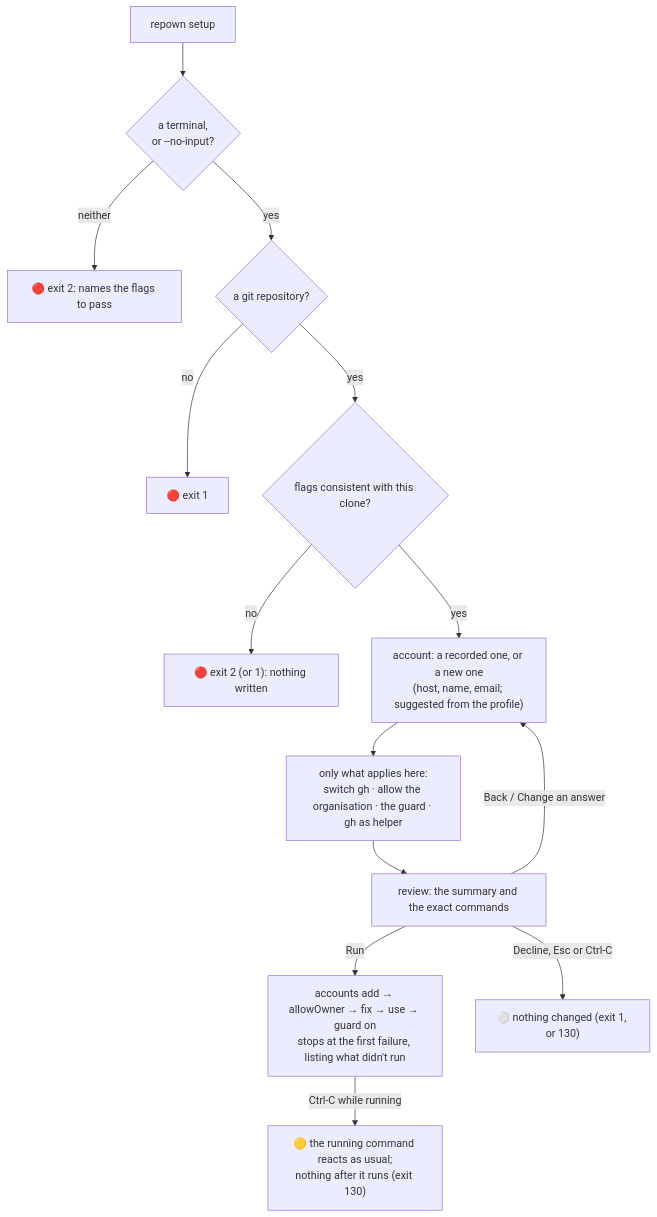
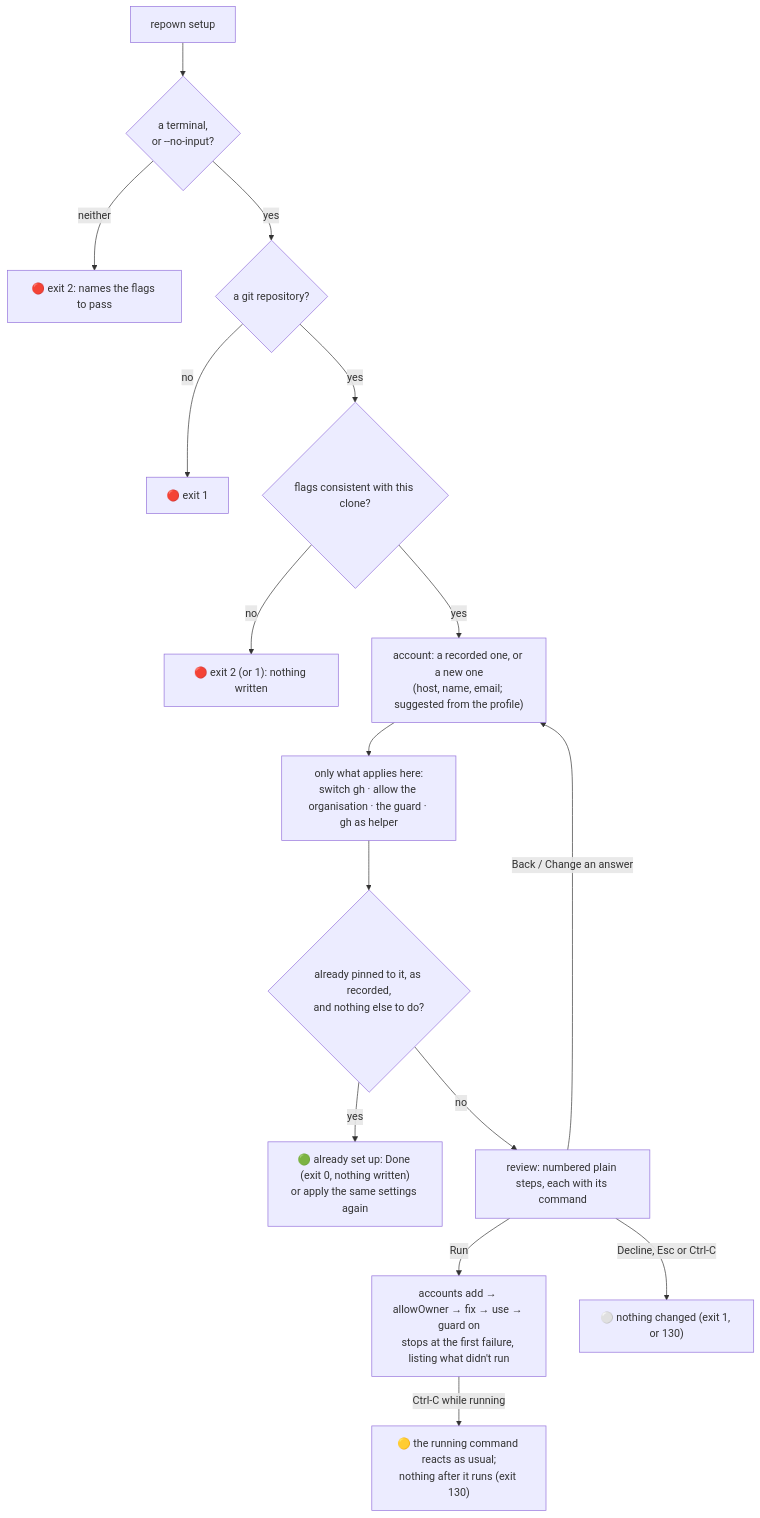
One commit to makubexD/repown changed the ninth of 9 diagrams in docs/HOW-IT-WORKS.md. Above: the diagram before and after it, drawn with Mermaid. The commit also changed other lines of this file and 14 other files, not shown here.

First line of the commit message:
Show setup's review as plain numbered steps, and say when a clone is already set up

````diff
--- a/docs/HOW-IT-WORKS.md
+++ b/docs/HOW-IT-WORKS.md
@@ -464,16 +464,18 @@
 ```mermaid
 flowchart TD
   S[repown setup] --> T{"a terminal,<br/>or --no-input?"}
   T -->|neither| X2["🔴 exit 2: names the flags to pass"]
   T -->|yes| R{"a git repository?"}
   R -->|no| X1["🔴 exit 1"]
   R -->|yes| F{"flags consistent with this clone?"}
   F -->|no| X3["🔴 exit 2 (or 1): nothing written"]
   F -->|yes| A["account: a recorded one, or a new one<br/>(host, name, email; suggested from the profile)"]
   A --> Q["only what applies here:<br/>switch gh · allow the organisation · the guard · gh as helper"]
-  Q --> V["review: the summary and the exact commands"]
+  Q --> K{"already pinned to it, as recorded,<br/>and nothing else to do?"}
+  K -->|yes| D["🟢 already set up: Done (exit 0, nothing written)<br/>or apply the same settings again"]
+  K -->|no| V["review: numbered plain steps, each with its command"]
   V -->|Run| C["accounts add → allowOwner → fix → use → guard on<br/>stops at the first failure, listing what didn't run"]
   V -->|Back / Change an answer| A
   V -->|Decline, Esc or Ctrl-C| N["⚪ nothing changed (exit 1, or 130)"]
   C -->|Ctrl-C while running| I["🟡 the running command reacts as usual;<br/>nothing after it runs (exit 130)"]
 ```
````
